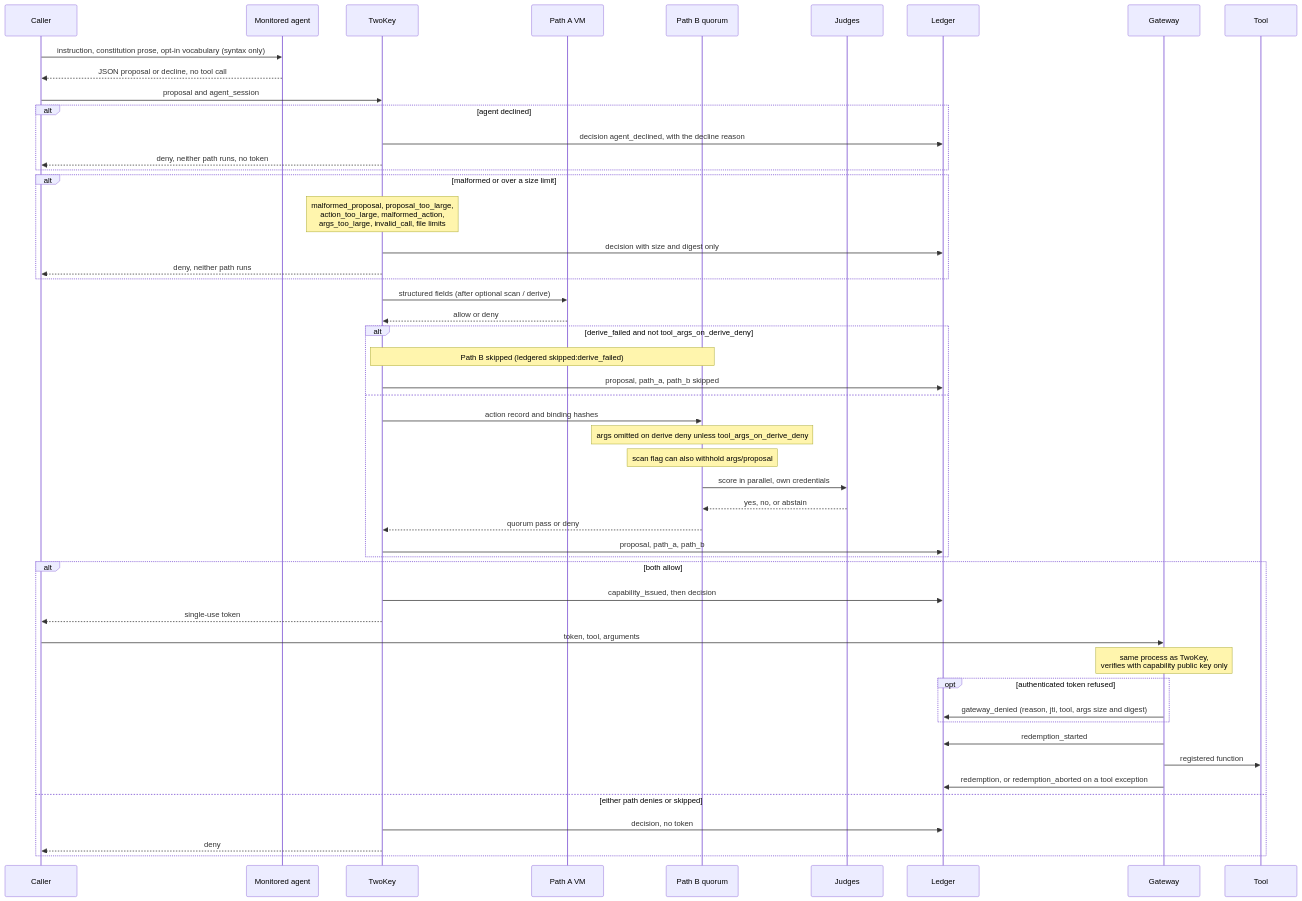
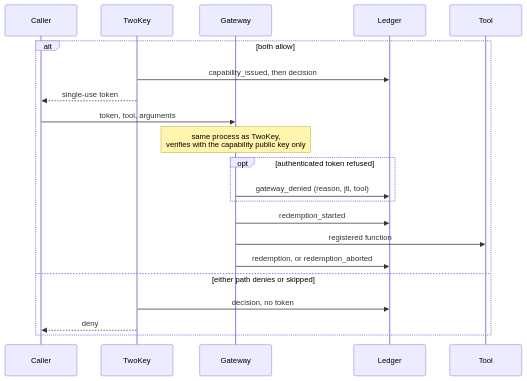
Before and after one commit to Insomniac-VibeLabs/two-key: the seventh of 8 diagrams in README.md, drawn with Mermaid. The commit also changed other lines of this file and 12 other files, not shown here.

First line of the commit message:
Redraw every diagram to one house style, checked by a test (#29)

````diff
--- a/README.md
+++ b/README.md
@@ -424,54 +473,23 @@
 ```mermaid
 sequenceDiagram
   participant Caller
-  participant Agent as Monitored agent
   participant TwoKey
-  participant PathA as Path A VM
-  participant PathB as Path B quorum
-  participant Judge as Judges
+  participant Gateway
   participant Ledger
-  participant Gateway
   participant Tool
-
-  Caller->>Agent: instruction, constitution prose, opt-in vocabulary (syntax only)
-  Agent-->>Caller: JSON proposal or decline, no tool call
-  Caller->>TwoKey: proposal and agent_session
-  alt agent declined
-    TwoKey->>Ledger: decision agent_declined, with the decline reason
-    TwoKey-->>Caller: deny, neither path runs, no token
-  end
-  alt malformed or over a size limit
-    Note over TwoKey: malformed_proposal, proposal_too_large,<br/>action_too_large, malformed_action,<br/>args_too_large, invalid_call, file limits
-    TwoKey->>Ledger: decision with size and digest only
-    TwoKey-->>Caller: deny, neither path runs
-  end
-  TwoKey->>PathA: structured fields (after optional scan / derive)
-  PathA-->>TwoKey: allow or deny
-  alt derive_failed and not tool_args_on_derive_deny
-    Note over TwoKey,PathB: Path B skipped (ledgered skipped:derive_failed)
-    TwoKey->>Ledger: proposal, path_a, path_b skipped
-  else
-    TwoKey->>PathB: action record and binding hashes
-    Note over PathB: args omitted on derive deny unless tool_args_on_derive_deny
-    Note over PathB: scan flag can also withhold args/proposal
-    PathB->>Judge: score in parallel, own credentials
-    Judge-->>PathB: yes, no, or abstain
-    PathB-->>TwoKey: quorum pass or deny
-    TwoKey->>Ledger: proposal, path_a, path_b
-  end
   alt both allow
     TwoKey->>Ledger: capability_issued, then decision
     TwoKey-->>Caller: single-use token
     Caller->>Gateway: token, tool, arguments
-    Note over Gateway: same process as TwoKey,<br/>verifies with capability public key only
+    Note over Gateway: same process as TwoKey,<br/>verifies with the capability public key only
     opt authenticated token refused
-      Gateway->>Ledger: gateway_denied (reason, jti, tool, args size and digest)
+      Gateway->>Ledger: gateway_denied (reason, jti, tool)
     end
     Gateway->>Ledger: redemption_started
     Gateway->>Tool: registered function
-    Gateway->>Ledger: redemption, or redemption_aborted on a tool exception
+    Gateway->>Ledger: redemption, or redemption_aborted
   else either path denies or skipped
     TwoKey->>Ledger: decision, no token
     TwoKey-->>Caller: deny
   end
 ```
````
